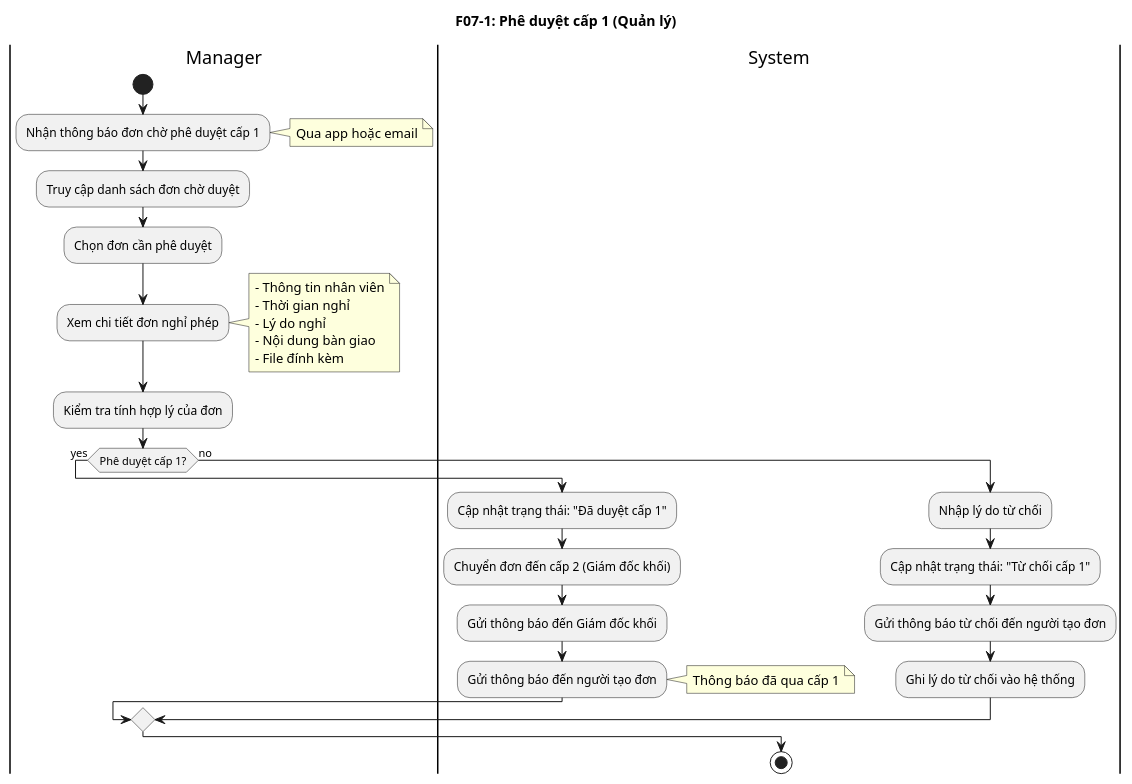
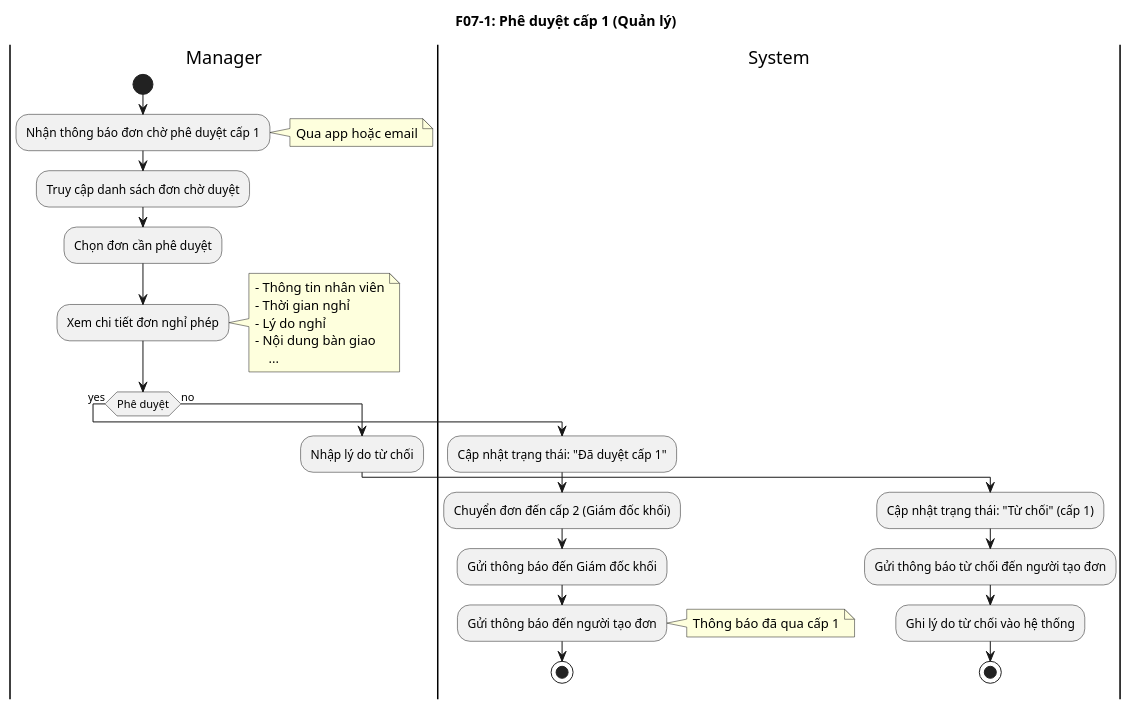
The tenth of 34 diagrams in activity_diagrams.puml (hoangh-e/PowerAppp_AppNghiPhep), drawn with PlantUML before and after one commit. The commit also changed other lines of this file and 25 other files, not shown here.

```diff
--- a/activity_diagrams.puml
+++ b/activity_diagrams.puml
@@ -204,33 +210,34 @@
 @startuml F07_1_Level1_Approval
 title F07-1: Phê duyệt cấp 1 (Quản lý)
 |Manager|
 start
 :Nhận thông báo đơn chờ phê duyệt cấp 1;
 note right: Qua app hoặc email
 :Truy cập danh sách đơn chờ duyệt;
 :Chọn đơn cần phê duyệt;
 :Xem chi tiết đơn nghỉ phép;
 note right
 - Thông tin nhân viên
 - Thời gian nghỉ
 - Lý do nghỉ
 - Nội dung bàn giao
-- File đính kèm
+    ...
 end note
-:Kiểm tra tính hợp lý của đơn;
-if (Phê duyệt cấp 1?) then (yes)
+if (Phê duyệt) then (yes)
   |System|
   :Cập nhật trạng thái: "Đã duyệt cấp 1";
   :Chuyển đơn đến cấp 2 (Giám đốc khối);
   :Gửi thông báo đến Giám đốc khối;
   :Gửi thông báo đến người tạo đơn;
   note right: Thông báo đã qua cấp 1
+ stop
 else (no)
+  |Manager|
   :Nhập lý do từ chối;
   |System|
-  :Cập nhật trạng thái: "Từ chối cấp 1";
+  :Cập nhật trạng thái: "Từ chối" (cấp 1);
   :Gửi thông báo từ chối đến người tạo đơn;
   :Ghi lý do từ chối vào hệ thống;
-endif
 stop
+
 @enduml
```
